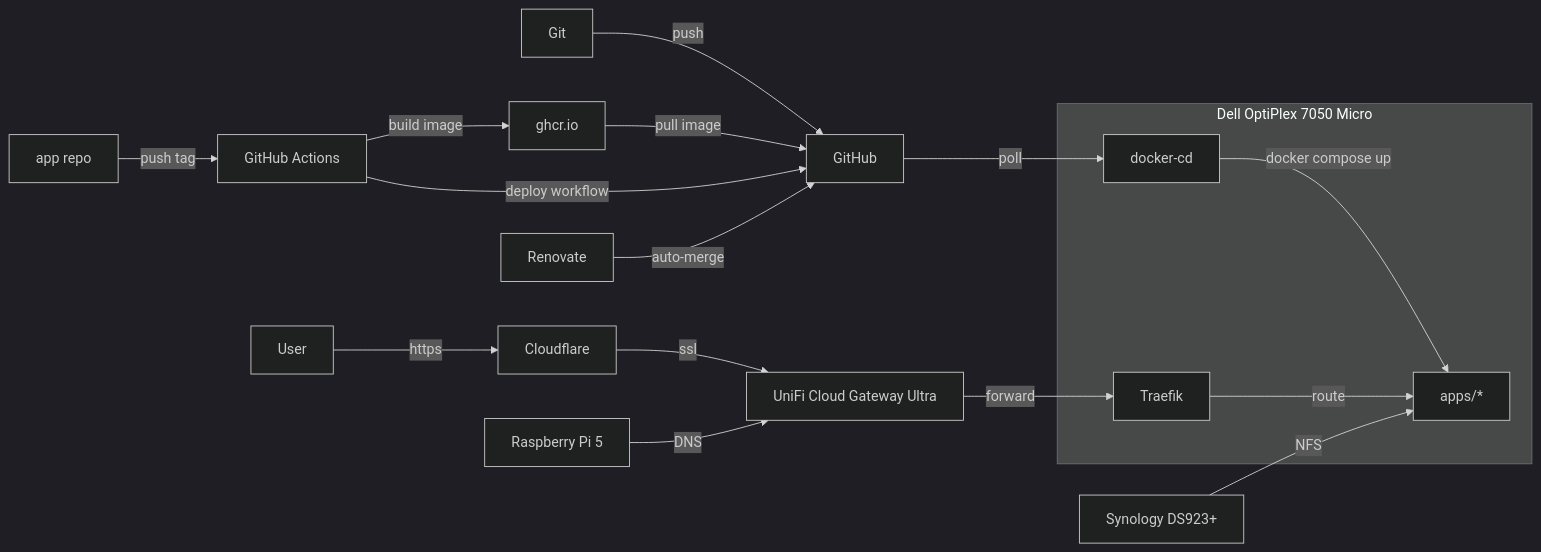
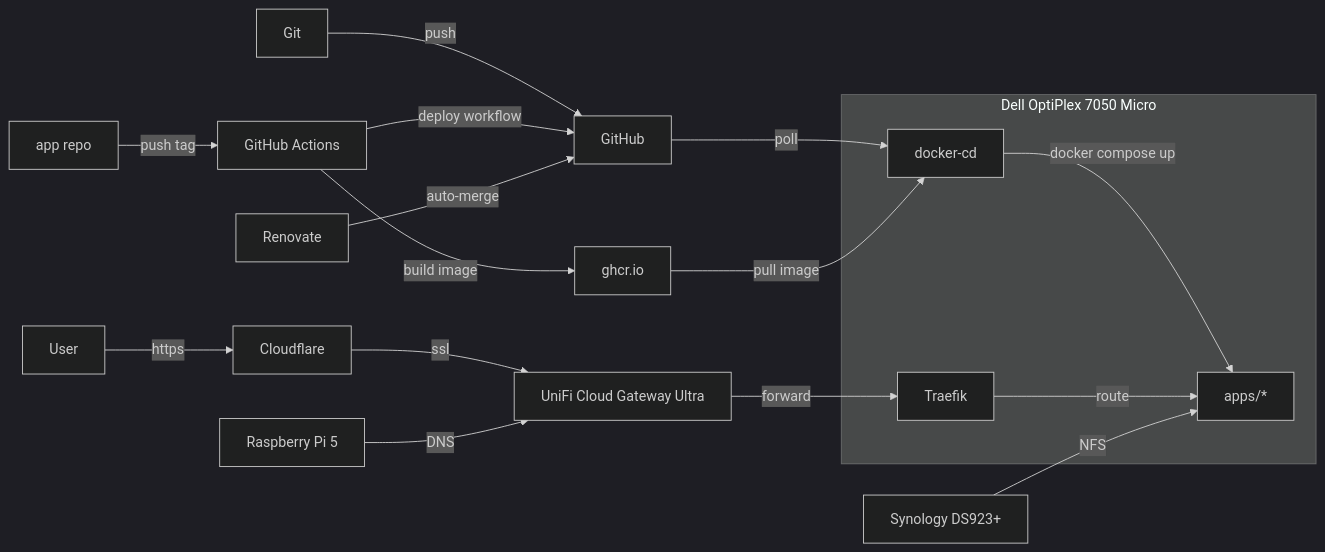
One commit to wajeht/home-ops changed the diagram in README.md. Above: the diagram before and after it, drawn with Mermaid (dark theme).

Commit message:
docs: update diagram to reflect docker-cd pulling from ghcr

````diff
--- a/README.md
+++ b/README.md
@@ -17,16 +17,16 @@
 ```mermaid
 flowchart LR
     subgraph Dell[Dell OptiPlex 7050 Micro]
         docker-cd -->|docker compose up| Apps[apps/*]
         Traefik -->|route| Apps
     end
 
     Git -->|push| GitHub -->|poll| docker-cd
     AppRepo[app repo] -->|push tag| Actions[GitHub Actions]
-    Actions -->|build image| GHCR[ghcr.io] -->|pull image| GitHub
+    Actions -->|build image| GHCR[ghcr.io] -->|pull image| docker-cd
     Actions -->|deploy workflow| GitHub
     Renovate -->|auto-merge| GitHub
     User -->|https| Cloudflare -->|ssl| UniFi[UniFi Cloud Gateway Ultra] -->|forward| Traefik
     NAS[Synology DS923+] -->|NFS| Apps
     Pi[Raspberry Pi 5] -->|DNS| UniFi
 ```
````
